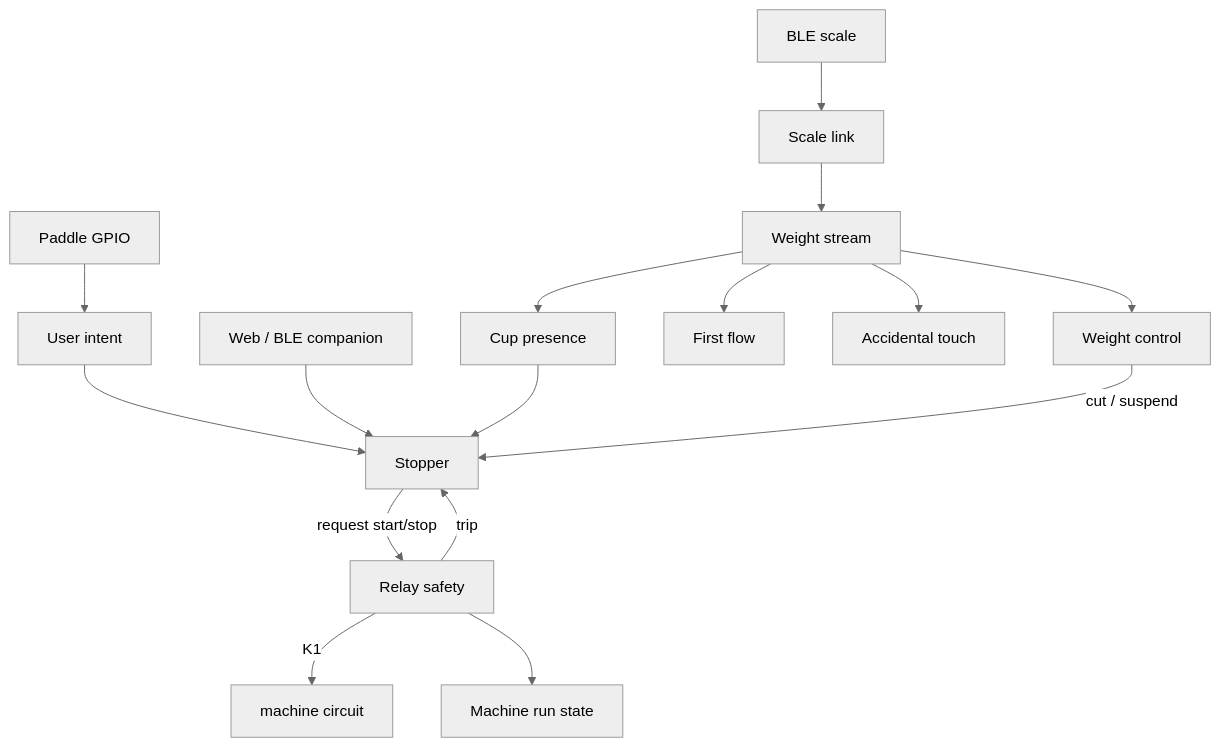
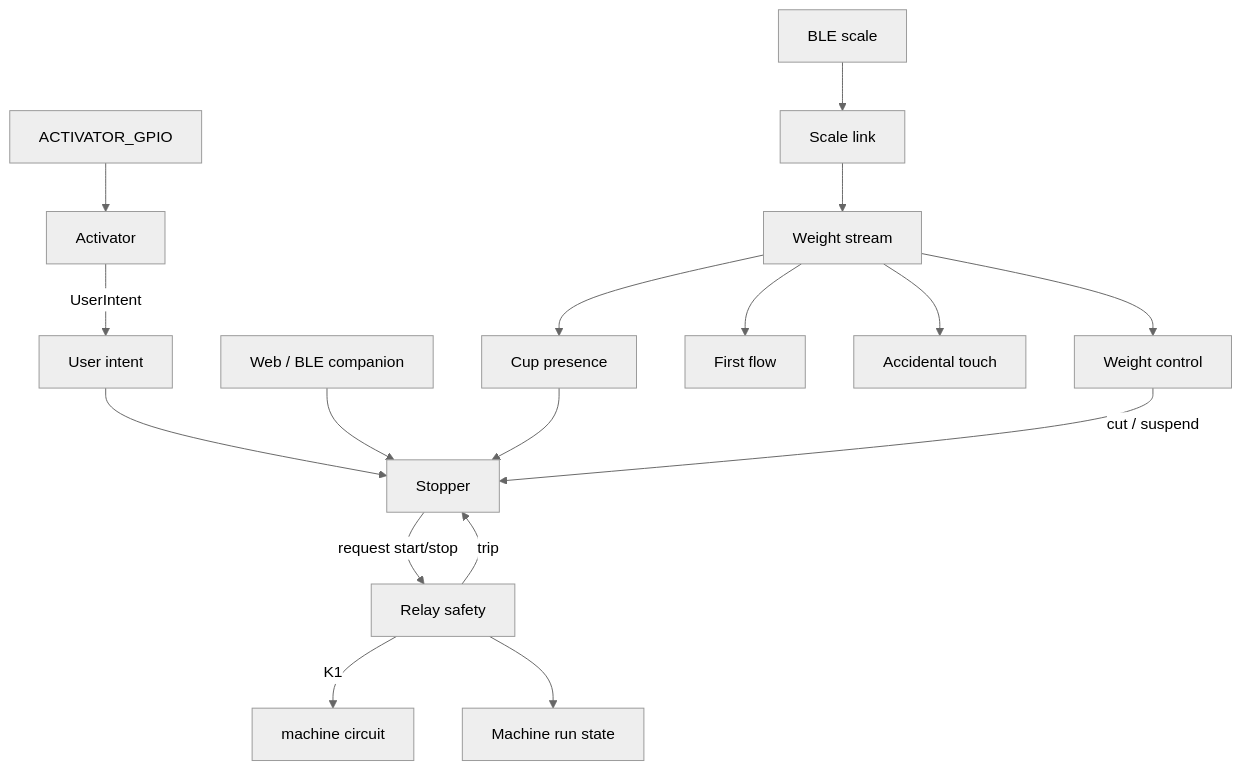
Before and after one commit to Cheerpipe/AcaiaArduinoBLE: the diagram in docs/STATE_MACHINES.md, drawn with Mermaid (neutral theme). The commit also changed other lines of this file and 25 other files, not shown here.

Commit message:
paddle and switch is now activator outside their context

````diff
--- a/docs/STATE_MACHINES.md
+++ b/docs/STATE_MACHINES.md
@@ -49,18 +53,19 @@
 ```mermaid
 flowchart TB
-  paddle[Paddle GPIO] --> intent[User intent]
+  gpio[ACTIVATOR_GPIO] --> activator[Activator]
+  activator -->|UserIntent| intent[User intent]
   intent --> stopper[Stopper]
   web[Web / BLE companion] --> stopper
   stopper -->|request start/stop| safety[Relay safety]
   safety -->|K1| circuit[machine circuit]
   safety --> run[Machine run state]
   ble[BLE scale] --> link[Scale link]
   link --> stream[Weight stream]
   stream --> cup[Cup presence]
   stream --> flow[First flow]
   stream --> touch[Accidental touch]
   stream --> wctl[Weight control]
   cup --> stopper
   wctl -->|cut / suspend| stopper
   safety -->|trip| stopper
 ```
````
